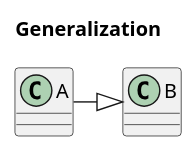
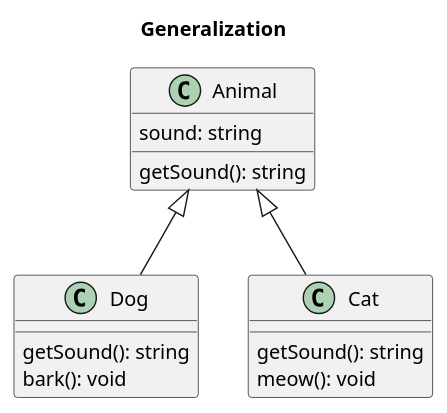
The first of 6 diagrams in cs/softwareEngineering/uml/class.puml (okhj159/OKLEETechOrganizer), drawn with PlantUML before and after one commit. The commit also changed other lines of this file and 5 other files, not shown here.

Commit message:
[docs] class diagram 작성

```diff
--- a/cs/softwareEngineering/uml/class.puml
+++ b/cs/softwareEngineering/uml/class.puml
@@ -1,18 +1,28 @@
 @startuml
 'https://plantuml.com/class-diagram
 'sample code.
 'todo: 예제 작성 후 png export
 
 title Generalization
 
 'extends
 
-class A {
+class Animal {
+    sound: string
+    getSound(): string
 }
 
-class B {
+class Dog {
+    getSound(): string
+    bark(): void
 }
 
-A -right-|> B
+class Cat {
+    getSound(): string
+    meow(): void
+}
+
+Animal<|-- Dog
+Animal <|-- Cat
 
 @enduml
```
